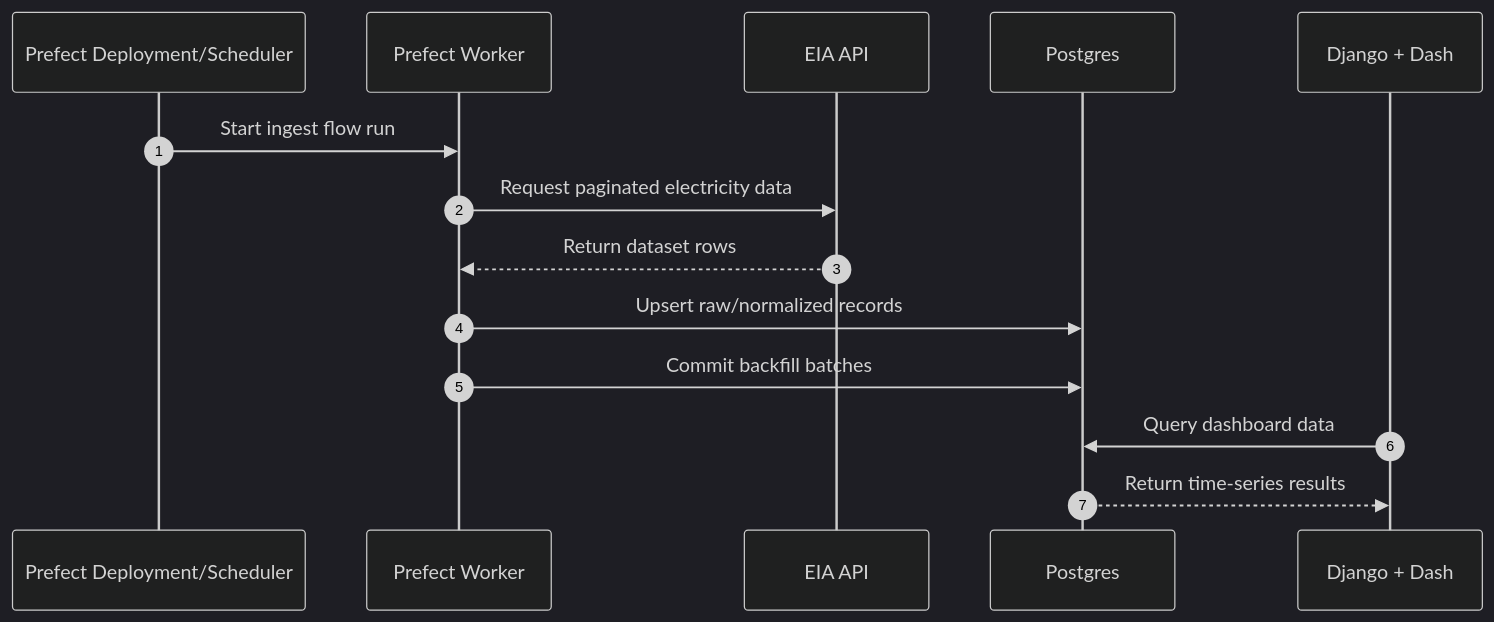
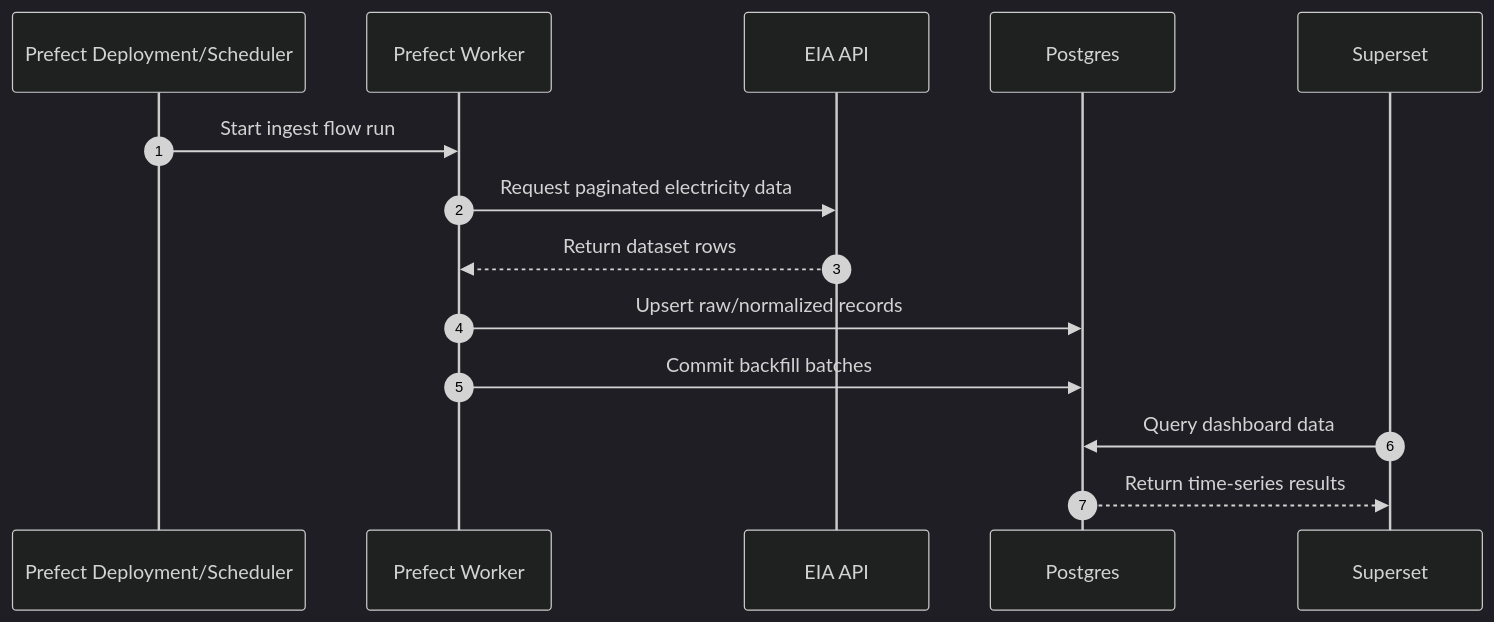
The second of 2 diagrams in README.md (rosspalmer/energy-usa), drawn with Mermaid (dark theme) before and after one commit. The commit also changed other lines of this file and 90 other files, not shown here.

First line of the commit message:
consolidate ingest schema, remove Django, improve Prefect flows, seed Superset datasets

````diff
--- a/README.md
+++ b/README.md
@@ -43,17 +42,17 @@
 ```mermaid
 sequenceDiagram
     autonumber
     participant Scheduler as Prefect Deployment/Scheduler
     participant Worker as Prefect Worker
     participant EIA as EIA API
     participant DB as Postgres
-    participant Web as Django + Dash
+    participant Web as Superset
 
     Scheduler->>Worker: Start ingest flow run
     Worker->>EIA: Request paginated electricity data
     EIA-->>Worker: Return dataset rows
     Worker->>DB: Upsert raw/normalized records
     Worker->>DB: Commit backfill batches
     Web->>DB: Query dashboard data
     DB-->>Web: Return time-series results
 ```
````
